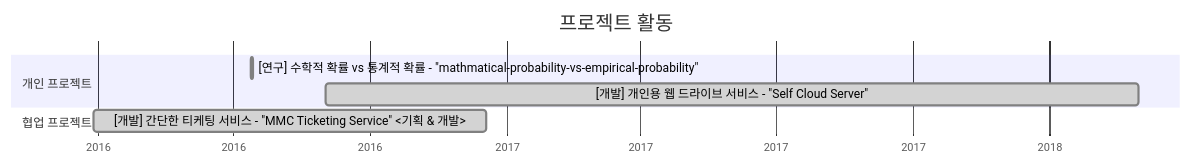
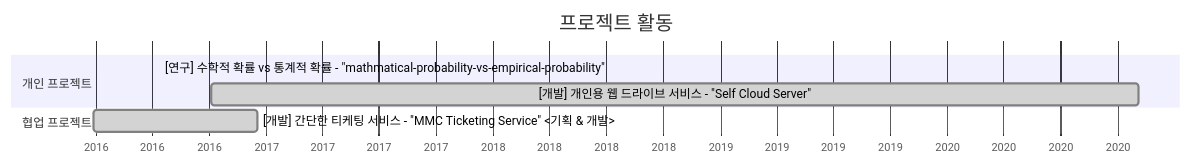
The diagram in README.md (hepheir/hepheir), drawn with Mermaid before and after one commit.

Commit message:
docs(README.md/Gantt 프로젝트 활동/개인): self-cloud-server 의 플젝 기간 업데이트

````diff
--- a/README.md
+++ b/README.md
@@ -16,15 +16,15 @@
 ```mermaid
 gantt
     title 프로젝트 활동
     dateFormat  YYYY-MM-DD
     axisFormat %Y
 
     section 개인 프로젝트
     [연구] 수학적 확률 vs 통계적 확률 - "mathmatical-probability-vs-empirical-probability" : done, 2016-07-13, 1d
-    [개발] 개인용 웹 드라이브 서비스 - "Self Cloud Server" : done, 2016-09-01, 2018-03-02
+    [개발] 개인용 웹 드라이브 서비스 - "Self Cloud Server" : done, 2016-10-05, 2020-11-04
 
     section 협업 프로젝트
     [개발] 간단한 티케팅 서비스 - "MMC Ticketing Service" <기획 & 개발> : done, 2016-03-29, 2016-12-18
 
     section 연구 활동
 ```
````
